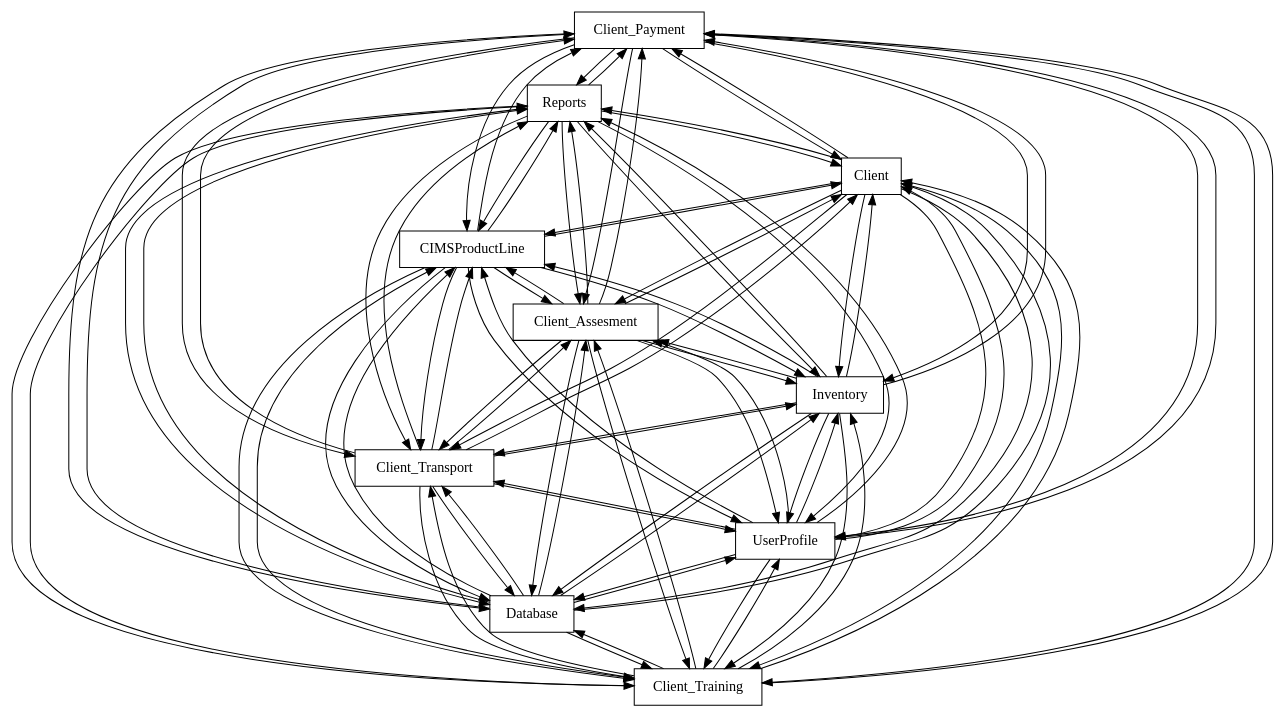
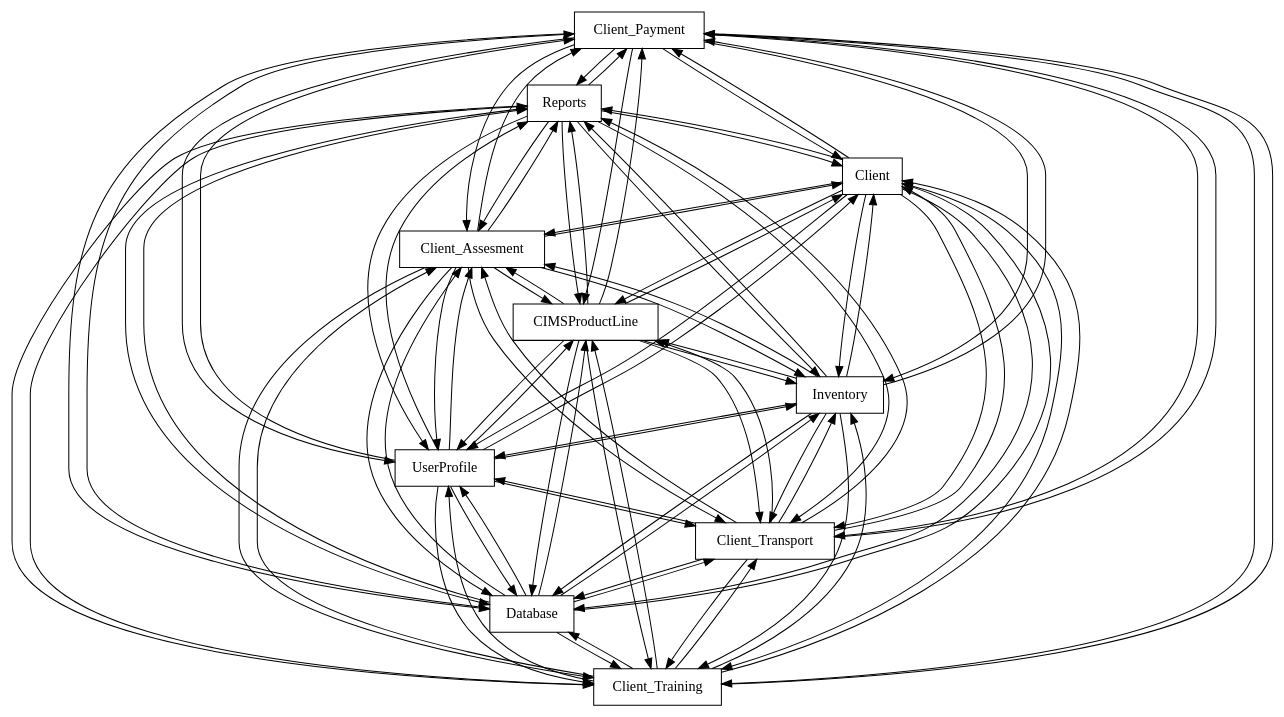
The diagram in FAMILIAR/output/SPLOT-big/fm_29_model_20100412_337845737.xml.dot (FAMILIAR-project/familiar-language), drawn with Graphviz before and after one commit. The commit also changed 204 other files, not shown here.

```diff
--- a/FAMILIAR/output/SPLOT-big/fm_29_model_20100412_337845737.xml.dot
+++ b/FAMILIAR/output/SPLOT-big/fm_29_model_20100412_337845737.xml.dot
@@ -1,105 +1,105 @@
 digraph{
 graph [rankdir=TB];
 node [shape=box];
 edge [arrowhead=normal];
 0[label="Client_Payment",]
 1[label="Reports",]
 2[label="Client_Training",]
 3[label="Database",]
-4[label="UserProfile",]
-5[label="Client_Transport",]
+4[label="Client_Transport",]
+5[label="UserProfile",]
 6[label="Inventory",]
-7[label="Client_Assesment",]
-8[label="CIMSProductLine",]
+7[label="CIMSProductLine",]
+8[label="Client_Assesment",]
 9[label="Client",]
 0->1[label="",]
 0->2[label="",]
 0->3[label="",]
 0->4[label="",]
 0->5[label="",]
 0->6[label="",]
 0->7[label="",]
 0->8[label="",]
 0->9[label="",]
 1->0[label="",]
 1->2[label="",]
 1->3[label="",]
 1->4[label="",]
 1->5[label="",]
 1->6[label="",]
 1->7[label="",]
 1->8[label="",]
 1->9[label="",]
 2->0[label="",]
 2->1[label="",]
 2->3[label="",]
 2->4[label="",]
 2->5[label="",]
 2->6[label="",]
 2->7[label="",]
 2->8[label="",]
 2->9[label="",]
 3->0[label="",]
 3->1[label="",]
 3->2[label="",]
 3->4[label="",]
 3->5[label="",]
 3->6[label="",]
 3->7[label="",]
 3->8[label="",]
 3->9[label="",]
 4->0[label="",]
 4->1[label="",]
 4->2[label="",]
 4->3[label="",]
 4->5[label="",]
 4->6[label="",]
 4->7[label="",]
 4->8[label="",]
 4->9[label="",]
 5->0[label="",]
 5->1[label="",]
 5->2[label="",]
 5->3[label="",]
 5->4[label="",]
 5->6[label="",]
 5->7[label="",]
 5->8[label="",]
 5->9[label="",]
 6->0[label="",]
 6->1[label="",]
 6->2[label="",]
 6->3[label="",]
 6->4[label="",]
 6->5[label="",]
 6->7[label="",]
 6->8[label="",]
 6->9[label="",]
 7->0[label="",]
 7->1[label="",]
 7->2[label="",]
 7->3[label="",]
 7->4[label="",]
 7->5[label="",]
 7->6[label="",]
 7->8[label="",]
 7->9[label="",]
 8->0[label="",]
 8->1[label="",]
 8->2[label="",]
 8->3[label="",]
 8->4[label="",]
 8->5[label="",]
 8->6[label="",]
 8->7[label="",]
 8->9[label="",]
 9->0[label="",]
 9->1[label="",]
 9->2[label="",]
 9->3[label="",]
 9->4[label="",]
 9->5[label="",]
 9->6[label="",]
 9->7[label="",]
 9->8[label="",]
 }
```
